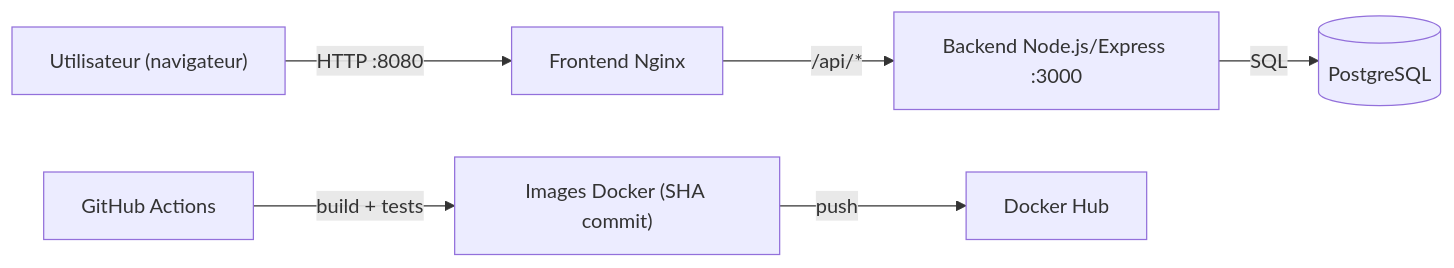
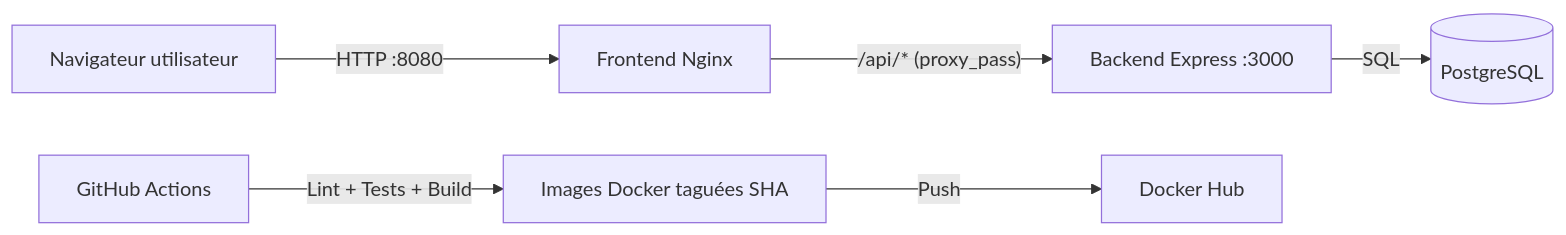
The diagram in README.md (kwamsd/VitalSync-repo), drawn with Mermaid before and after one commit. The commit also changed other lines of this file, not shown here.

````diff
--- a/README.md
+++ b/README.md
@@ -88,8 +37,8 @@
 ```mermaid
 flowchart LR
-    U["Utilisateur (navigateur)"] -->|"HTTP :8080"| FE["Frontend Nginx"]
-    FE -->|"/api/*"| BE["Backend Node.js/Express :3000"]
+    USER["Navigateur utilisateur"] -->|"HTTP :8080"| FE["Frontend Nginx"]
+    FE -->|"/api/* (proxy_pass)"| BE["Backend Express :3000"]
     BE -->|"SQL"| DB[("PostgreSQL")]
-    CI["GitHub Actions"] -->|"build + tests"| IMG["Images Docker (SHA commit)"]
-    IMG -->|"push"| REG["Docker Hub"]
+    CI["GitHub Actions"] -->|"Lint + Tests + Build"| IMG["Images Docker taguées SHA"]
+    IMG -->|"Push"| REG["Docker Hub"]
 ```
````
